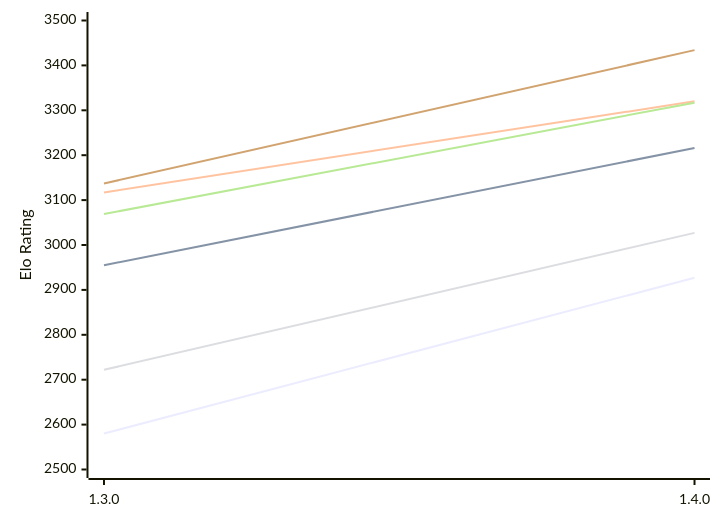
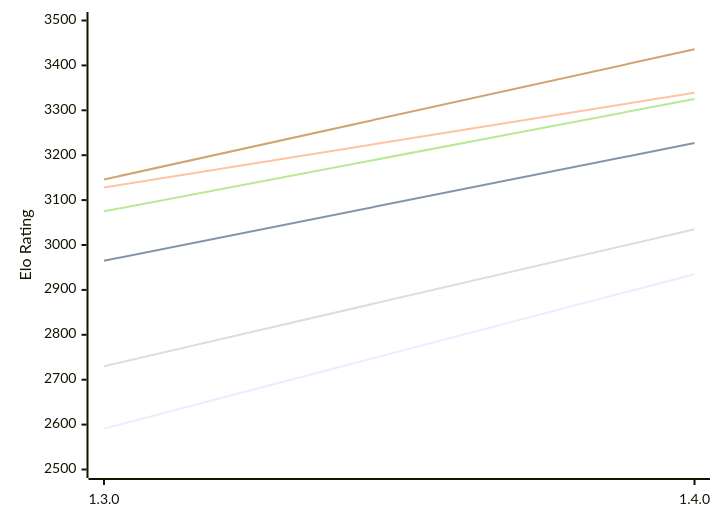
Before and after one commit to computer-chess-index/cci: the first of 2 diagrams in engines/Ember.md, drawn with Mermaid. The commit also changed other lines of this file, not shown here.

Commit message:
Update CCI Ratings (ELO VLTC) - 2026-10-25

````diff
--- a/engines/Ember.md
+++ b/engines/Ember.md
@@ -51,12 +51,12 @@
 ```mermaid
 %%{init: {"theme":"base","themeVariables":{"seriesColors:['#a3a3a3','#222221','#faa371']}}}%%
 xychart-beta
   x-axis ["1.3.0", "1.4.0"]
   y-axis "Elo Rating" 2500 --> 3500
-  line "E1: STC (8.0+0.08s)" [2580, 2927]
-  line "E1: LTC (60.0+0.60s)" [2955, 3216]
-  line "E1: VLTC (2m24s+1.12s)" [3117, 3320]
-  line "P1: STC (8.0+0.08s)" [2722, 3027]
-  line "P1: LTC (60.0+0.60s)" [3069, 3317]
-  line "P1: VLTC (2m24s+1.12s)" [3137, 3434]
+  line "E1: STC (8.0+0.08s)" [2591, 2935]
+  line "E1: LTC (60.0+0.60s)" [2965, 3227]
+  line "E1: VLTC (2m24s+1.12s)" [3128, 3339]
+  line "P1: STC (8.0+0.08s)" [2730, 3035]
+  line "P1: LTC (60.0+0.60s)" [3075, 3325]
+  line "P1: VLTC (2m24s+1.12s)" [3146, 3436]
 ```
````
